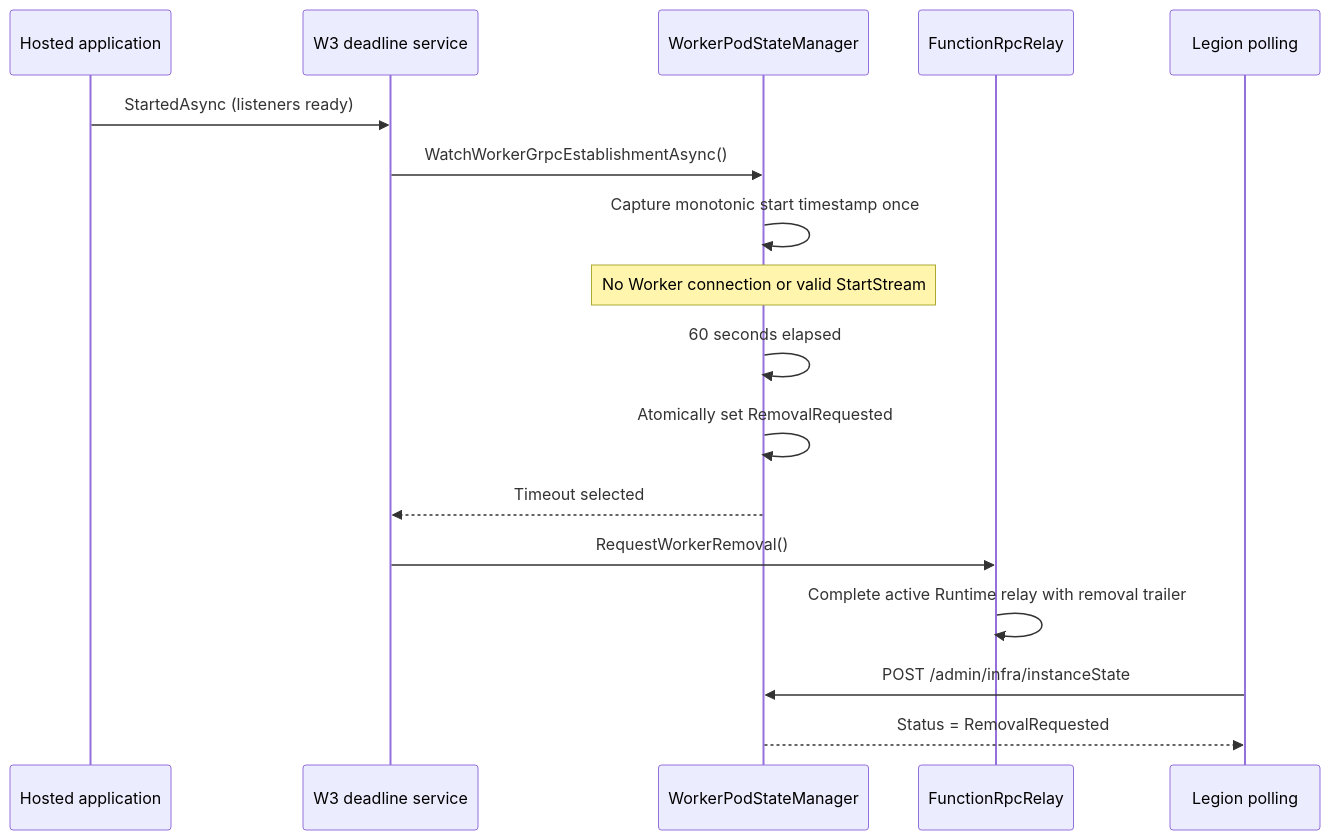
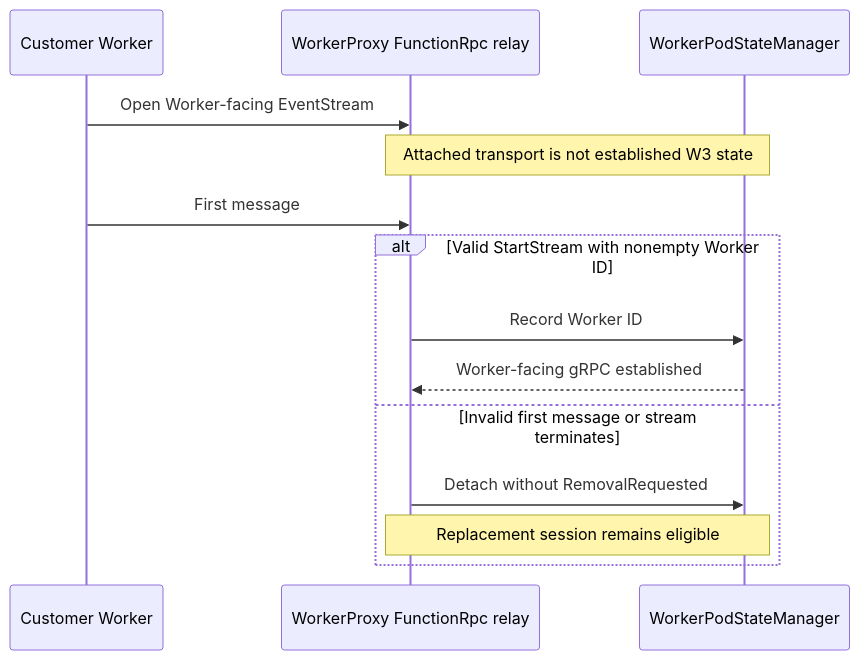
The first of 3 diagrams in tools/ComputeSeparation/byoc-worker-grpc-failure-cleanup.md (Azure/azure-functions-host), drawn with Mermaid before and after one commit. The commit also changed other lines of this file and 15 other files, not shown here.

First line of the commit message:
Narrow W3 cleanup to established Worker loss

````diff
--- a/tools/ComputeSeparation/byoc-worker-grpc-failure-cleanup.md
+++ b/tools/ComputeSeparation/byoc-worker-grpc-failure-cleanup.md
@@ -28,20 +25,17 @@
 ```mermaid
 sequenceDiagram
-    participant Host as Hosted application
-    participant Deadline as W3 deadline service
+    participant Worker as Customer Worker
+    participant Relay as WorkerProxy FunctionRpc relay
     participant State as WorkerPodStateManager
-    participant Relay as FunctionRpcRelay
-    participant Platform as Legion polling
 
-    Host->>Deadline: StartedAsync (listeners ready)
-    Deadline->>State: WatchWorkerGrpcEstablishmentAsync()
-    State->>State: Capture monotonic start timestamp once
-    Note over State: No Worker connection or valid StartStream
-    State->>State: 60 seconds elapsed
-    State->>State: Atomically set RemovalRequested
-    State-->>Deadline: Timeout selected
-    Deadline->>Relay: RequestWorkerRemoval()
-    Relay->>Relay: Complete active Runtime relay with removal trailer
-    Platform->>State: POST /admin/infra/instanceState
-    State-->>Platform: Status = RemovalRequested
+    Worker->>Relay: Open Worker-facing EventStream
+    Note over Relay,State: Attached transport is not established W3 state
+    Worker->>Relay: First message
+    alt Valid StartStream with nonempty Worker ID
+        Relay->>State: Record Worker ID
+        State-->>Relay: Worker-facing gRPC established
+    else Invalid first message or stream terminates
+        Relay->>State: Detach without RemovalRequested
+        Note over Relay,State: Replacement session remains eligible
+    end
 ```
````
